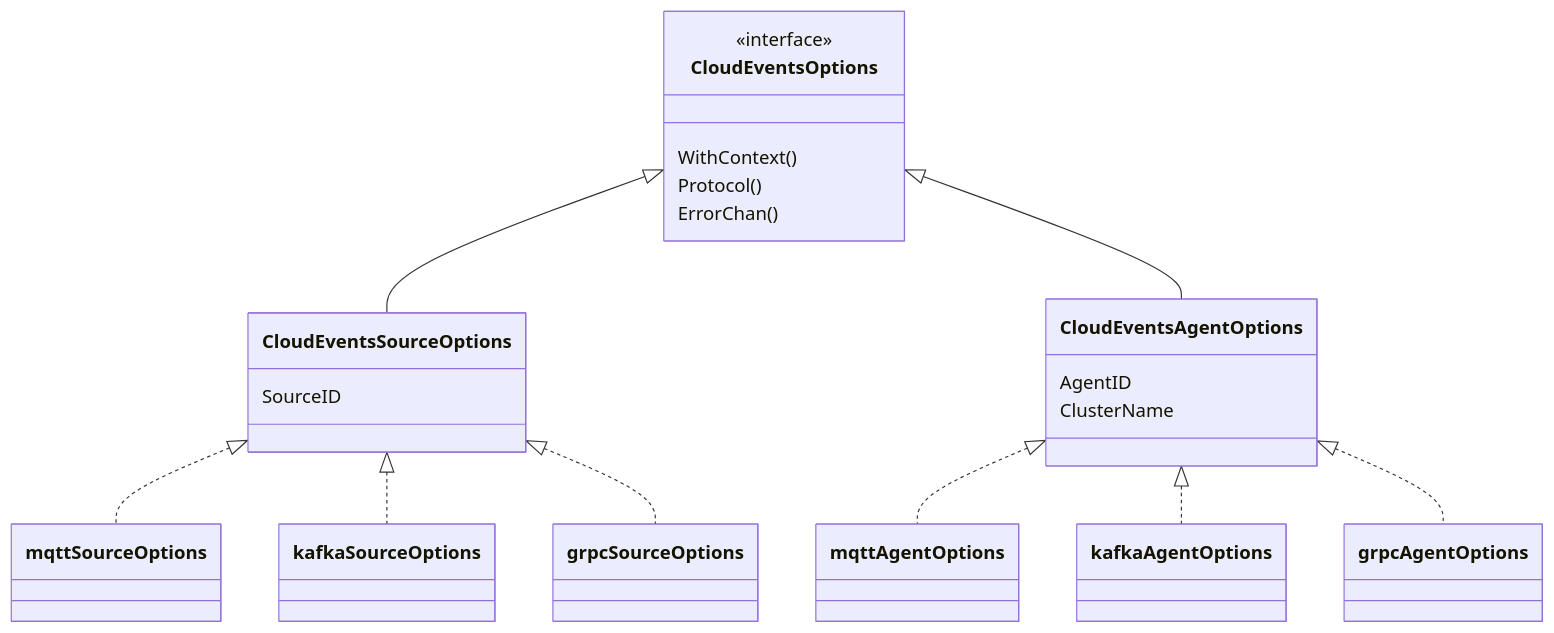
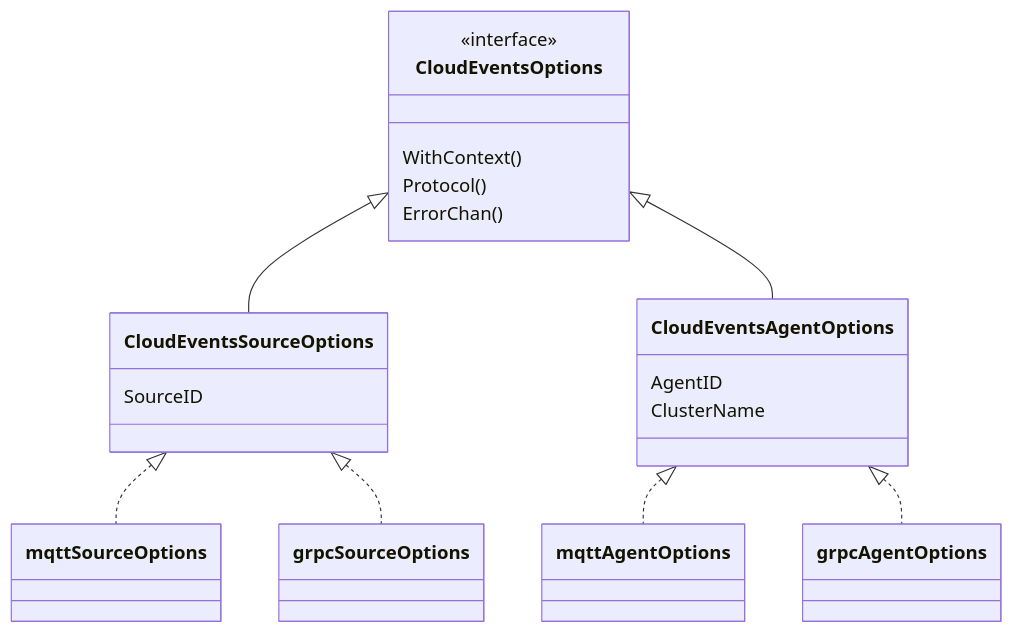
The first of 10 diagrams in pkg/cloudevents/doc/design.md (open-cluster-management-io/sdk-go), drawn with Mermaid before and after one commit. The commit also changed other lines of this file and 74 other files, not shown here.

````diff
--- a/pkg/cloudevents/doc/design.md
+++ b/pkg/cloudevents/doc/design.md
@@ -21,30 +21,27 @@
 ```mermaid
 classDiagram
 class CloudEventsOptions {
     <<interface>>
     WithContext()
     Protocol()
     ErrorChan()
 }
 
 class CloudEventsSourceOptions{
     SourceID
 }
 
 class CloudEventsAgentOptions{
     AgentID
     ClusterName
 }
 
 CloudEventsOptions <|-- CloudEventsSourceOptions
 CloudEventsOptions <|-- CloudEventsAgentOptions
 
 CloudEventsSourceOptions <|.. mqttSourceOptions
 CloudEventsAgentOptions <|.. mqttAgentOptions
 
-CloudEventsSourceOptions <|.. kafkaSourceOptions
-CloudEventsAgentOptions <|.. kafkaAgentOptions
-
 CloudEventsSourceOptions <|.. grpcSourceOptions
 CloudEventsAgentOptions <|.. grpcAgentOptions
 ```
````
